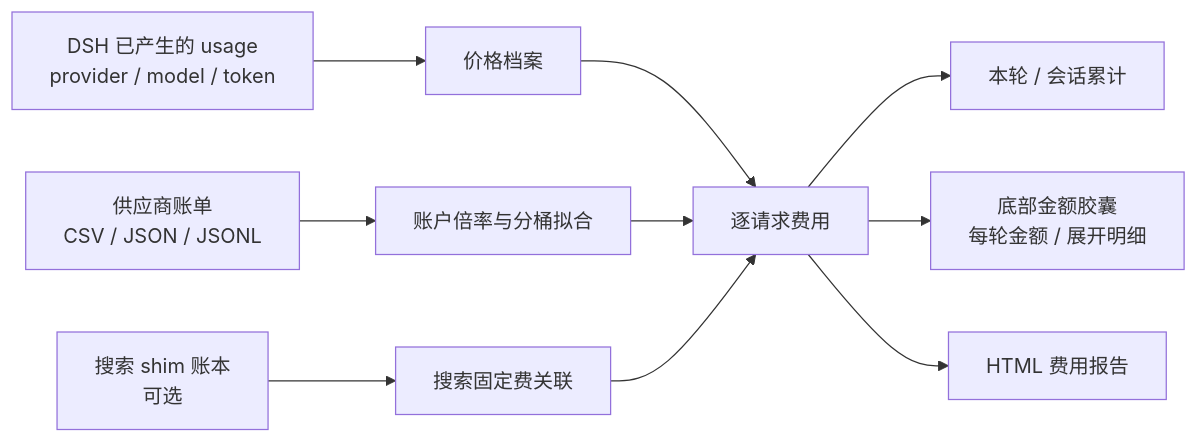
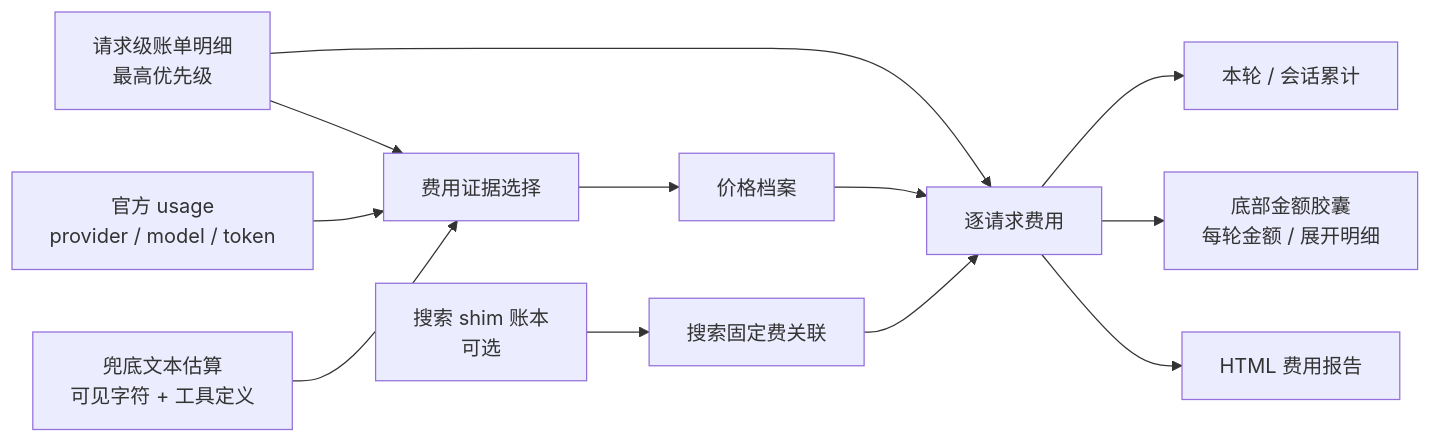
The diagram in README.md (SSHOOTING/dsh-billing-stats), drawn with Mermaid before and after one commit. The commit also changed other lines of this file and 9 other files, not shown here.

````diff
--- a/README.md
+++ b/README.md
@@ -53,12 +53,14 @@
 ```mermaid
 flowchart LR
-  A[DSH 已产生的 usage<br/>provider / model / token] --> B[价格档案]
-  C[供应商账单<br/>CSV / JSON / JSONL] --> D[账户倍率与分桶拟合]
+  A[请求级账单明细<br/>最高优先级] --> V[费用证据选择]
+  B[官方 usage<br/>provider / model / token] --> V
+  C[兜底文本估算<br/>可见字符 + 工具定义] --> V
+  V --> D[价格档案]
   E[搜索 shim 账本<br/>可选] --> F[搜索固定费关联]
-  B --> G[逐请求费用]
+  A --> G[逐请求费用]
   D --> G
   F --> G
   G --> H[本轮 / 会话累计]
   G --> I[底部金额胶囊<br/>每轮金额 / 展开明细]
   G --> J[HTML 费用报告]
 ```
````
